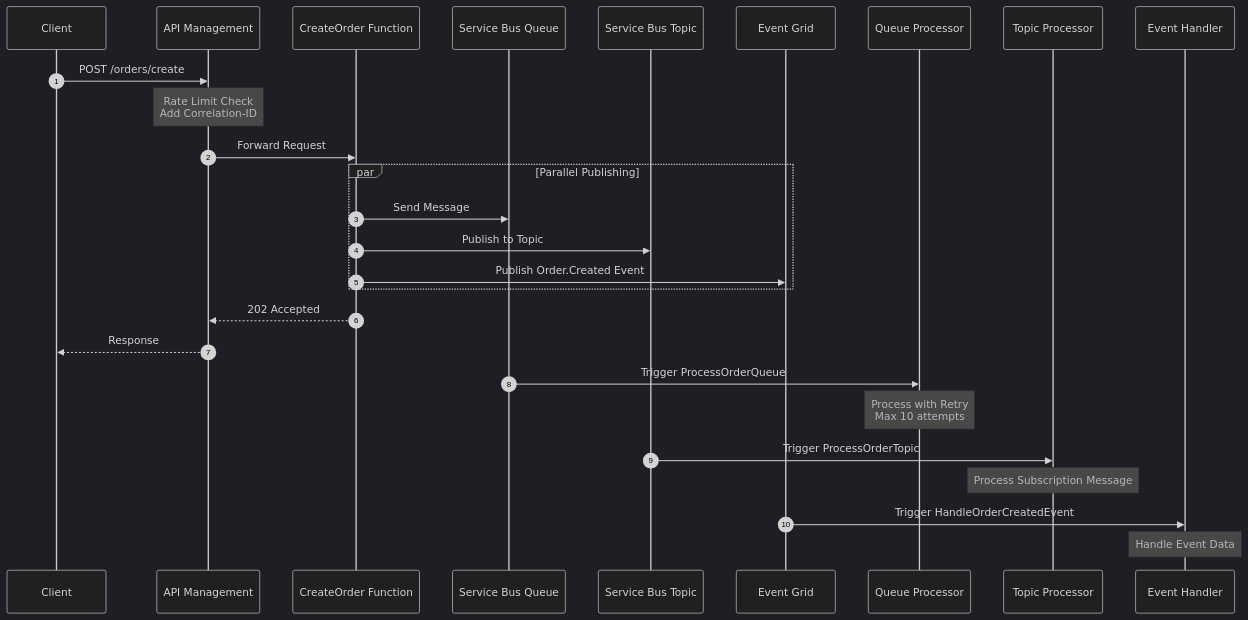
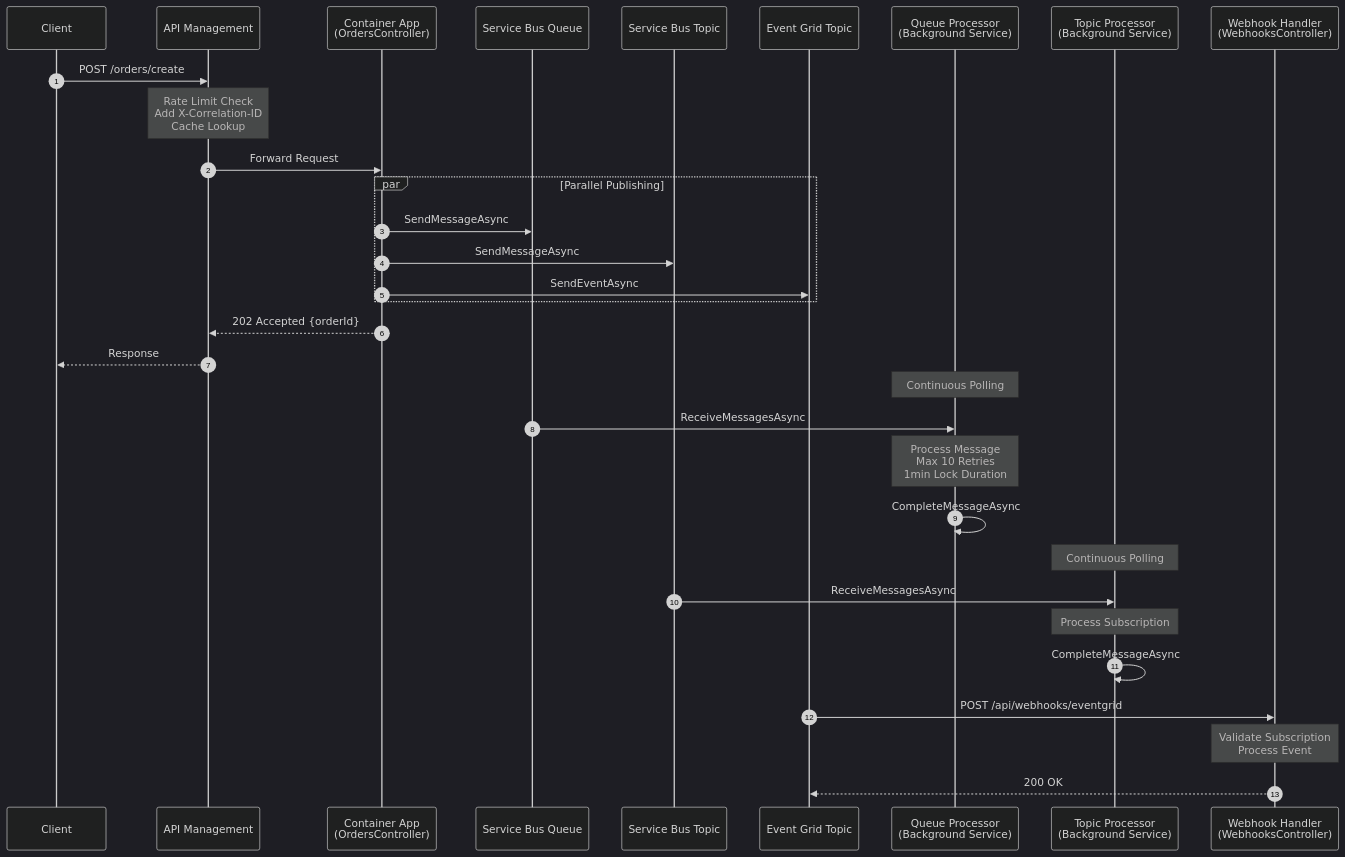
One commit to vksolanki/azure-containerapp-eventdriven-demo changed the second of 6 diagrams in ARCHITECTURE.md. Above: the diagram before and after it, drawn with Mermaid (dark theme). The commit also changed other lines of this file, not shown here.

````diff
--- a/ARCHITECTURE.md
+++ b/ARCHITECTURE.md
@@ -67,35 +65,40 @@
 ```mermaid
 sequenceDiagram
     autonumber
     participant C as Client
     participant A as API Management
-    participant F as CreateOrder Function
+    participant CA as Container App<br/>(OrdersController)
     participant Q as Service Bus Queue
     participant T as Service Bus Topic
-    participant E as Event Grid
-    participant P1 as Queue Processor
-    participant P2 as Topic Processor
-    participant P3 as Event Handler
+    participant E as Event Grid Topic
+    participant P1 as Queue Processor<br/>(Background Service)
+    participant P2 as Topic Processor<br/>(Background Service)
+    participant W as Webhook Handler<br/>(WebhooksController)
     
     C->>A: POST /orders/create
-    Note over A: Rate Limit Check<br/>Add Correlation-ID
-    A->>F: Forward Request
+    Note over A: Rate Limit Check<br/>Add X-Correlation-ID<br/>Cache Lookup
+    A->>CA: Forward Request
     
     par Parallel Publishing
-        F->>Q: Send Message
-        F->>T: Publish to Topic
-        F->>E: Publish Order.Created Event
+        CA->>Q: SendMessageAsync
+        CA->>T: SendMessageAsync
+        CA->>E: SendEventAsync
     end
     
-    F-->>A: 202 Accepted
+    CA-->>A: 202 Accepted {orderId}
     A-->>C: Response
     
-    Q->>P1: Trigger ProcessOrderQueue
-    Note over P1: Process with Retry<br/>Max 10 attempts
+    Note over P1: Continuous Polling
+    Q->>P1: ReceiveMessagesAsync
+    Note over P1: Process Message<br/>Max 10 Retries<br/>1min Lock Duration
+    P1->>P1: CompleteMessageAsync
     
-    T->>P2: Trigger ProcessOrderTopic
-    Note over P2: Process Subscription Message
+    Note over P2: Continuous Polling
+    T->>P2: ReceiveMessagesAsync
+    Note over P2: Process Subscription
+    P2->>P2: CompleteMessageAsync
     
-    E->>P3: Trigger HandleOrderCreatedEvent
-    Note over P3: Handle Event Data
+    E->>W: POST /api/webhooks/eventgrid
+    Note over W: Validate Subscription<br/>Process Event
+    W-->>E: 200 OK
 ```
````
